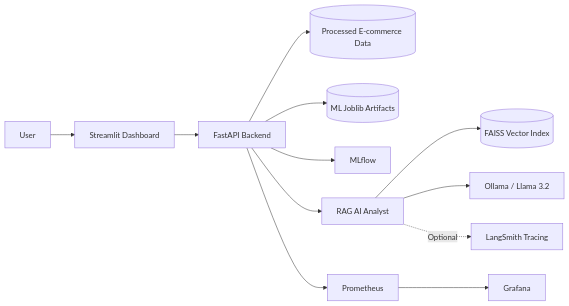
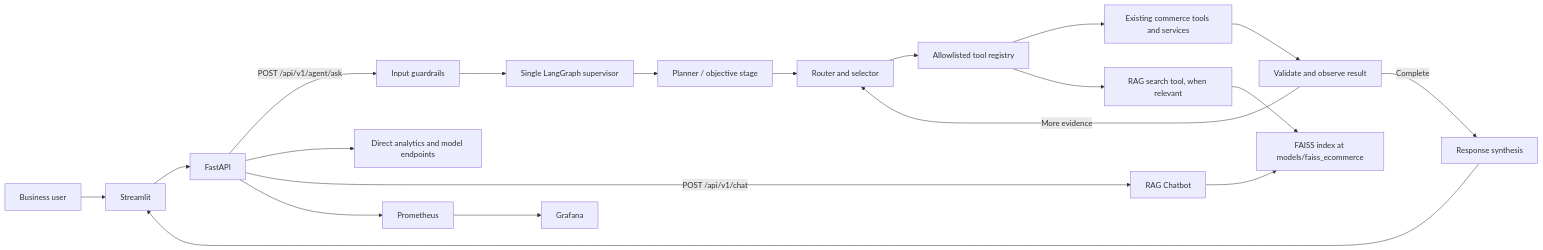
Before and after one commit to Niranjana2599/AI-Commerce-Analytics-Platform: the diagram in README.md, drawn with Mermaid. The commit also changed other lines of this file and 8 other files, not shown here.

````diff
--- a/README.md
+++ b/README.md
@@ -47,27 +47,22 @@
 ```mermaid
 flowchart LR
-
-User[User]
-
-User --> Streamlit[Streamlit Dashboard]
-
-Streamlit --> FastAPI[FastAPI Backend]
-
-FastAPI --> Data[(Processed E-commerce Data)]
-
-FastAPI --> Models[(ML Joblib Artifacts)]
-
-FastAPI --> MLflow[MLflow]
-
-FastAPI --> RAG[RAG AI Analyst]
-
-RAG --> FAISS[(FAISS Vector Index)]
-
-RAG --> Ollama[Ollama / Llama 3.2]
-
-FastAPI --> Prometheus[Prometheus]
-
-Prometheus --> Grafana[Grafana]
-
-RAG -. Optional .-> LangSmith[LangSmith Tracing]
+  User[Business user] --> UI[Streamlit]
+  UI --> API[FastAPI]
+  API -->|POST /api/v1/agent/ask| Guard[Input guardrails]
+  Guard --> Supervisor[Single LangGraph supervisor]
+  Supervisor --> Planner[Planner / objective stage]
+  Planner --> Selector[Router and selector]
+  Selector --> Registry[Allowlisted tool registry]
+  Registry --> Tools[Existing commerce tools and services]
+  Tools --> Observe[Validate and observe result]
+  Observe -->|More evidence| Selector
+  Observe -->|Complete| Synthesize[Response synthesis]
+  Synthesize --> UI
+  API --> Direct[Direct analytics and model endpoints]
+  API -->|POST /api/v1/chat| Chat[RAG Chatbot]
+  Registry --> RAGTool[RAG search tool, when relevant]
+  Chat --> Retriever[FAISS index at models/faiss_ecommerce]
+  RAGTool --> Retriever
+  API --> Prometheus[Prometheus]
+  Prometheus --> Grafana[Grafana]
 ```
````
